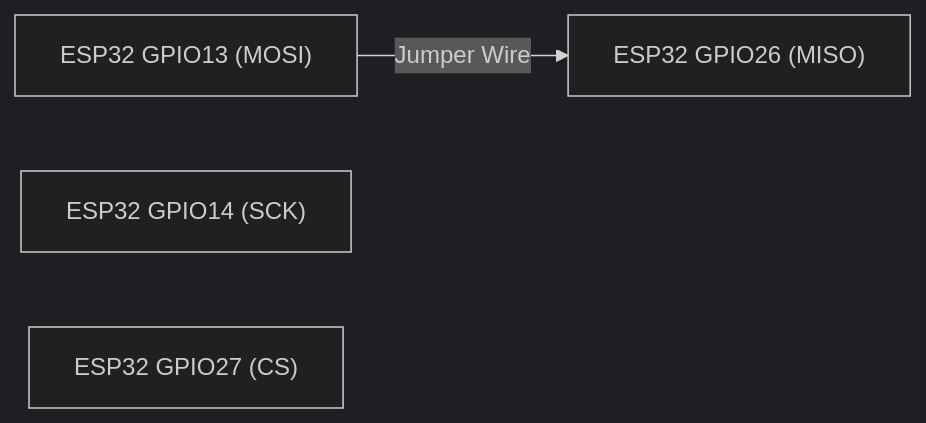
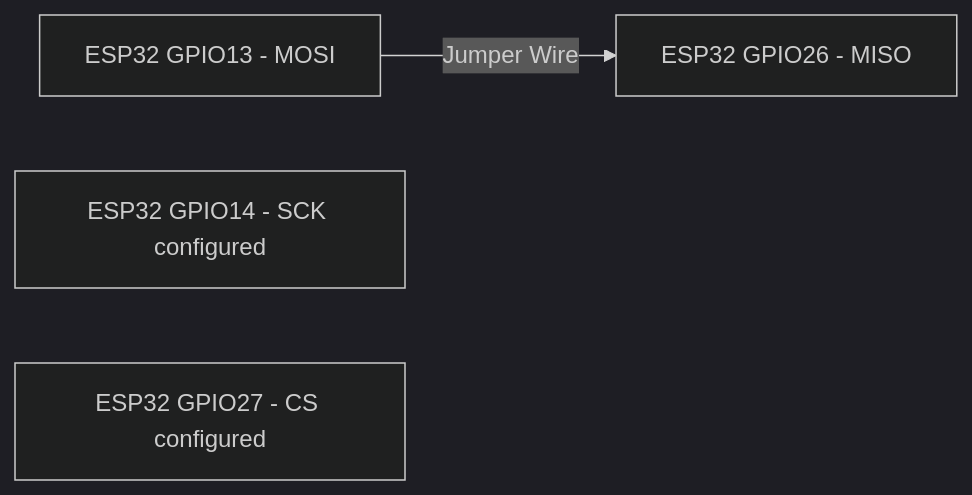
One commit to bertaldearias/BCA188-Laboratory-8 changed the third of 3 diagrams in README.md. Above: the diagram before and after it, drawn with Mermaid (dark theme). The commit also changed other lines of this file, not shown here.

````diff
--- a/README.md
+++ b/README.md
@@ -136,6 +120,6 @@
 ```mermaid
 flowchart LR
-    A["ESP32 GPIO13 (MOSI)"] -->|"Jumper Wire"| B["ESP32 GPIO26 (MISO)"]
-    C["ESP32 GPIO14 (SCK)"]
-    D["ESP32 GPIO27 (CS)"]
+    MOSI["ESP32 GPIO13 - MOSI"] -->|"Jumper Wire"| MISO["ESP32 GPIO26 - MISO"]
+    SCK["ESP32 GPIO14 - SCK configured"]
+    CS["ESP32 GPIO27 - CS configured"]
 ```
````
